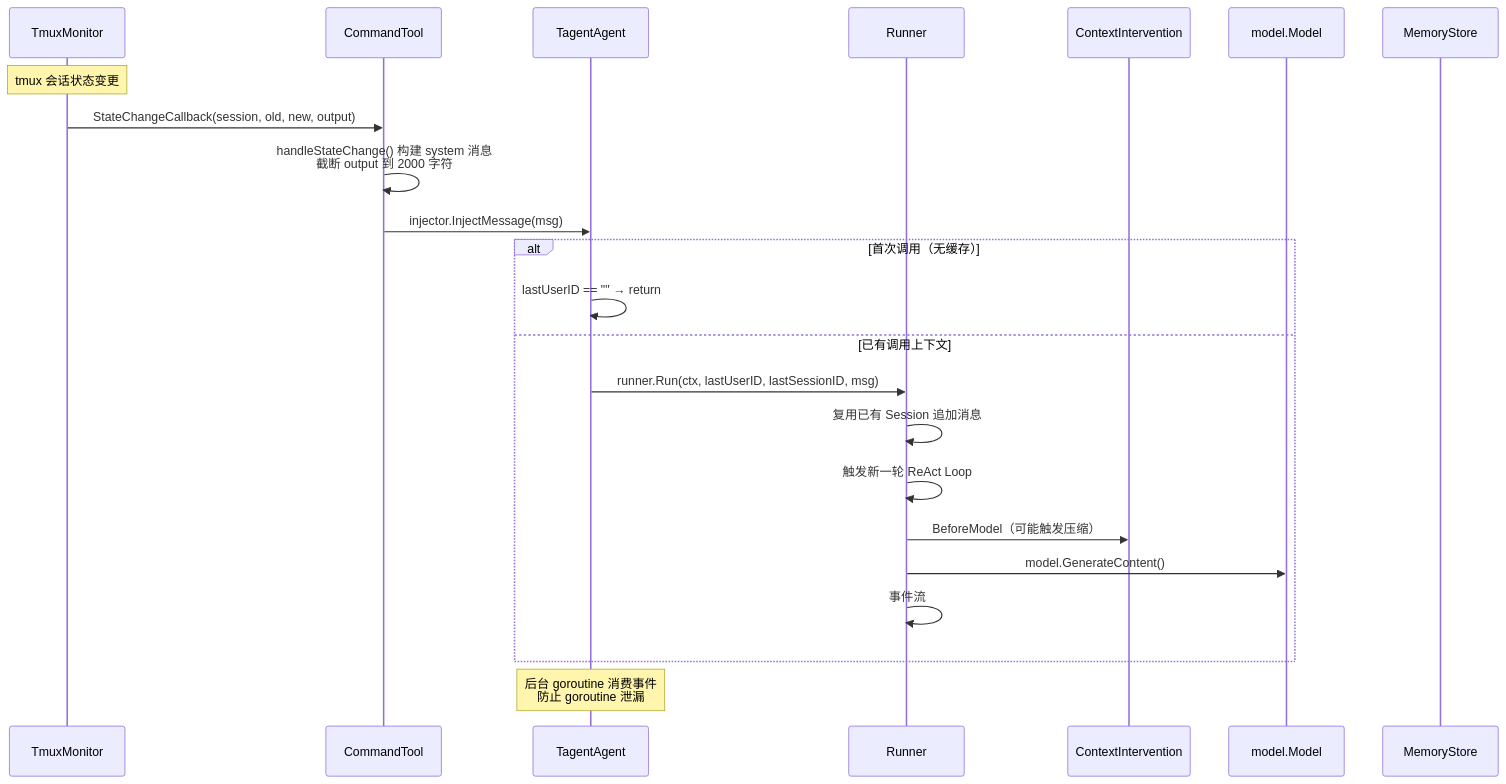
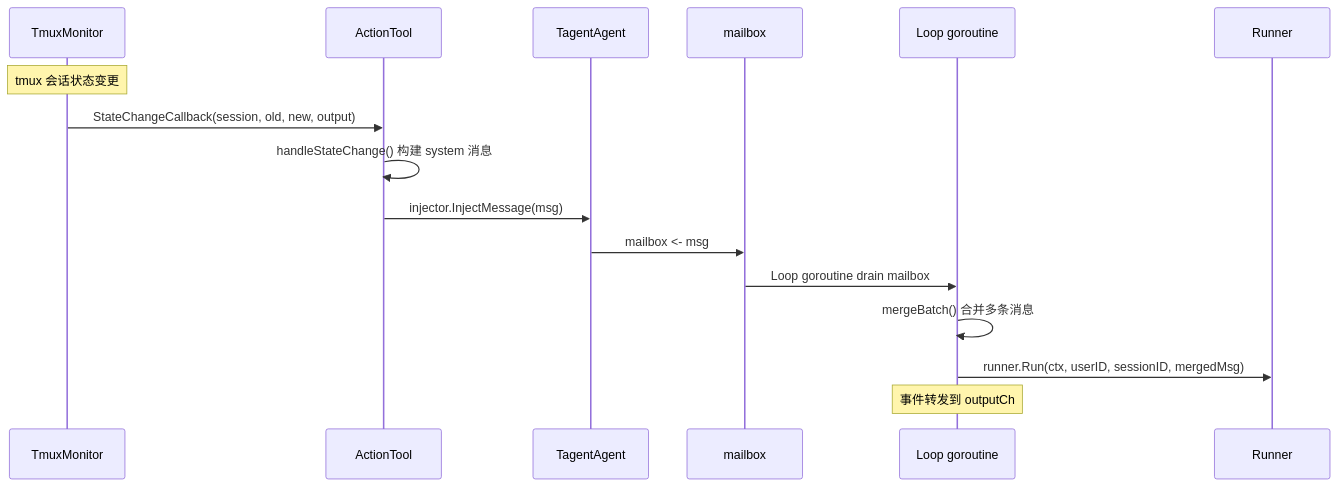
The third of 8 diagrams in docs/wiki/agent/agent-architecture.md (SpellingDragon/tagent), drawn with Mermaid before and after one commit. The commit also changed other lines of this file and 109 other files, not shown here.

````diff
--- a/docs/wiki/agent/agent-architecture.md
+++ b/docs/wiki/agent/agent-architecture.md
@@ -531,28 +603,19 @@
 ```mermaid
 sequenceDiagram
     participant TM as TmuxMonitor
-    participant CT as CommandTool
+    participant CT as ActionTool
     participant TA as TagentAgent
+    participant MB as mailbox
+    participant L as Loop goroutine
     participant R as Runner
-    participant CI as ContextIntervention
-    participant LLM as model.Model
-    participant MS as MemoryStore
 
     Note over TM: tmux 会话状态变更
     TM->>CT: StateChangeCallback(session, old, new, output)
-    CT->>CT: handleStateChange() 构建 system 消息<br/>截断 output 到 2000 字符
+    CT->>CT: handleStateChange() 构建 system 消息
     CT->>TA: injector.InjectMessage(msg)
-
-    alt 首次调用（无缓存）
-        TA->>TA: lastUserID == "" → return
-    else 已有调用上下文
-        TA->>R: runner.Run(ctx, lastUserID, lastSessionID, msg)
-        R->>R: 复用已有 Session 追加消息
-        R->>R: 触发新一轮 ReAct Loop
-        R->>CI: BeforeModel（可能触发压缩）
-        R->>LLM: model.GenerateContent()
-        R->>R: 事件流
-    end
-
-    Note over TA: 后台 goroutine 消费事件<br/>防止 goroutine 泄漏
+    TA->>MB: mailbox <- msg
+    MB->>L: Loop goroutine drain mailbox
+    L->>L: mergeBatch() 合并多条消息
+    L->>R: runner.Run(ctx, userID, sessionID, mergedMsg)
+    Note over L: 事件转发到 outputCh
 ```
````
